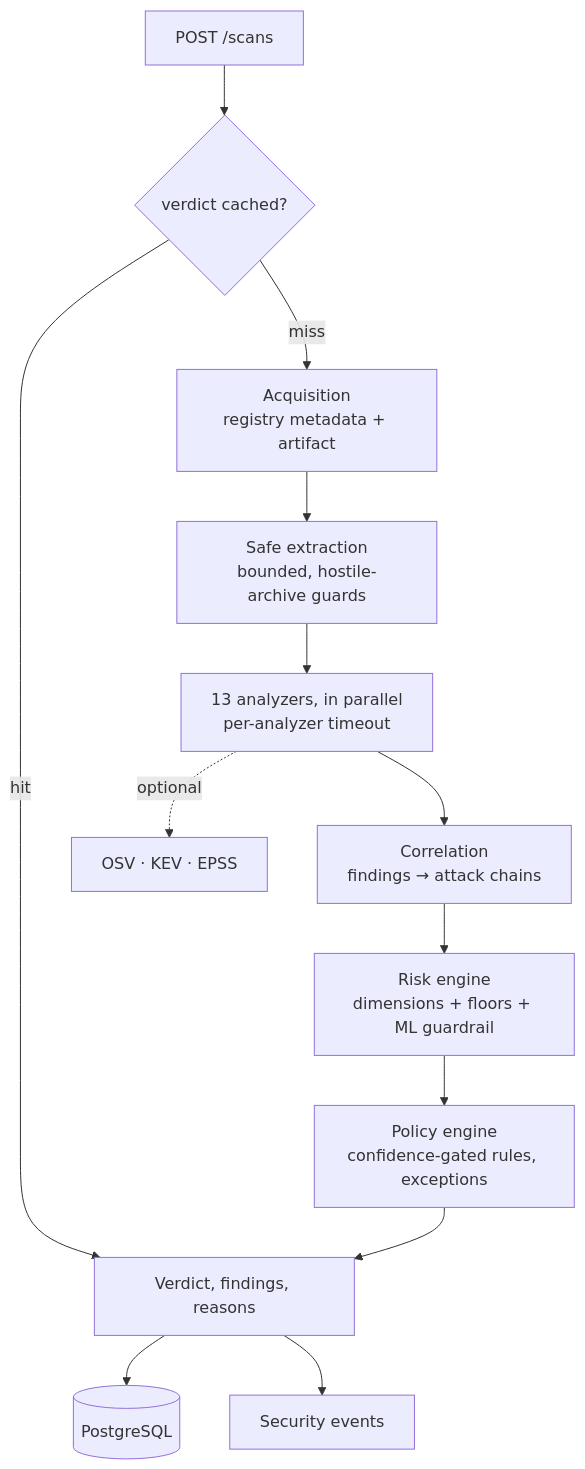
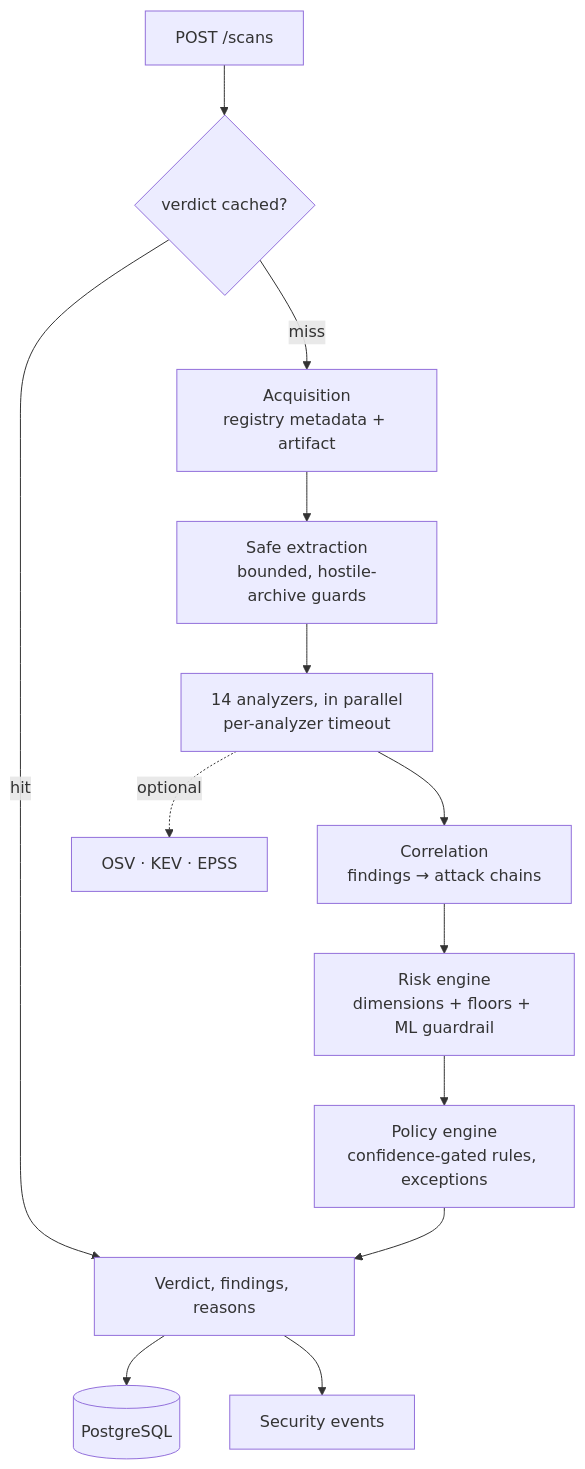
Before and after one commit to rakshit-737/warden-supply-chain-firewall: the second of 2 diagrams in docs/ARCHITECTURE.md, drawn with Mermaid. The commit also changed other lines of this file, not shown here.

Commit message:
docs(architecture): add a platform overview diagram and fix the analyzer count

````diff
--- a/docs/ARCHITECTURE.md
+++ b/docs/ARCHITECTURE.md
@@ -24,15 +56,15 @@
 ```mermaid
 flowchart TB
   REQ["POST /scans"] --> CACHE{"verdict cached?"}
   CACHE -- hit --> OUT
   CACHE -- miss --> ACQ["Acquisition<br/>registry metadata + artifact"]
   ACQ --> EXT["Safe extraction<br/>bounded, hostile-archive guards"]
-  EXT --> AZ["13 analyzers, in parallel<br/>per-analyzer timeout"]
+  EXT --> AZ["14 analyzers, in parallel<br/>per-analyzer timeout"]
   AZ --> COR["Correlation<br/>findings → attack chains"]
   COR --> RISK["Risk engine<br/>dimensions + floors + ML guardrail"]
   RISK --> POL["Policy engine<br/>confidence-gated rules, exceptions"]
   POL --> OUT["Verdict, findings, reasons"]
   OUT --> DB[("PostgreSQL")]
   OUT --> EV["Security events"]
   AZ -.optional.-> INTEL["OSV · KEV · EPSS"]
 ```
````
